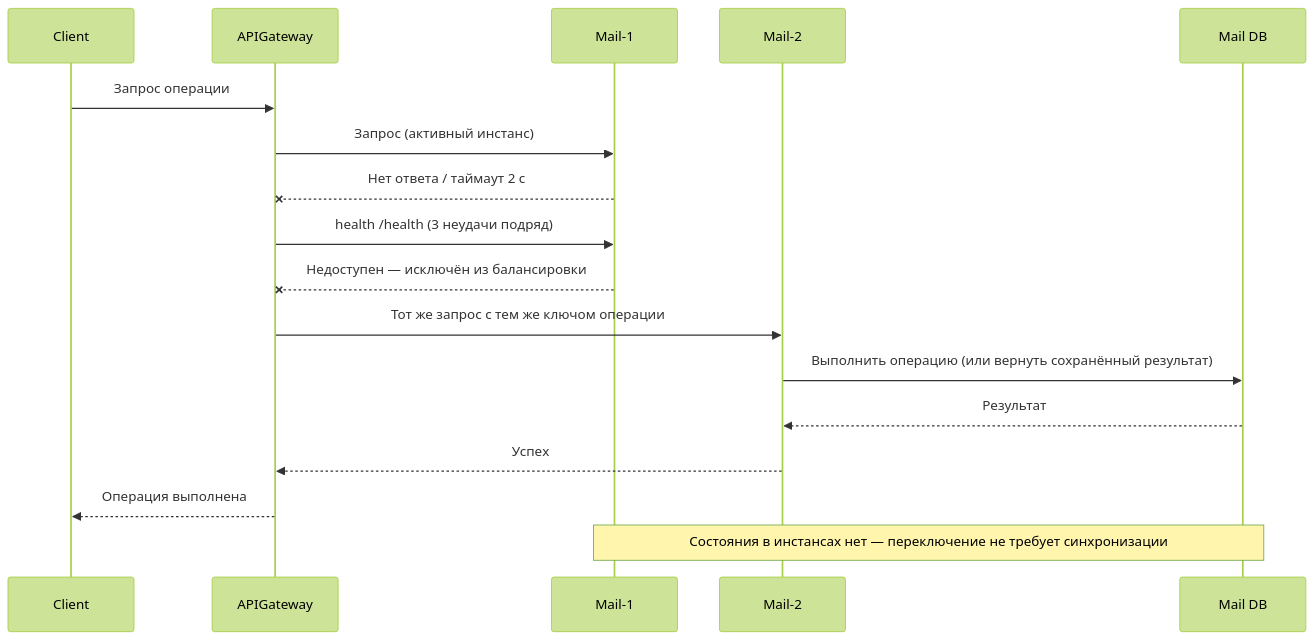
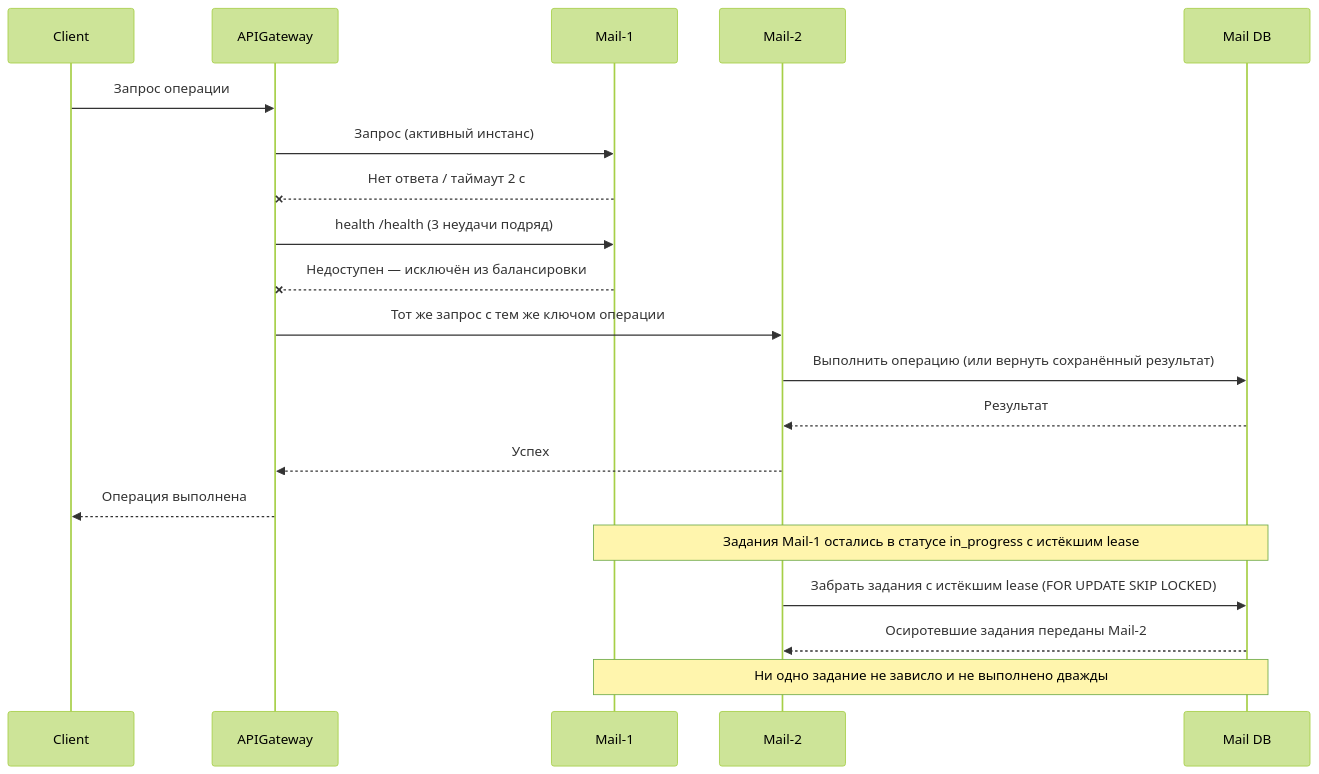
One commit to spbu-ds-practicum-2026/hydrolytes changed the fifth of 6 diagrams in docs/tr.md. Above: the diagram before and after it, drawn with Mermaid (forest theme). The commit also changed other lines of this file, not shown here.

````diff
--- a/docs/tr.md
+++ b/docs/tr.md
@@ -420,20 +423,23 @@
 ```mermaid
 sequenceDiagram
   participant Client
   participant APIGateway
   participant Mail1 as Mail-1
   participant Mail2 as Mail-2
   participant MailDB as Mail DB
 
   Client->>APIGateway: Запрос операции
   APIGateway->>Mail1: Запрос (активный инстанс)
   Mail1--xAPIGateway: Нет ответа / таймаут 2 с
   APIGateway->>Mail1: health /health (3 неудачи подряд)
   Mail1--xAPIGateway: Недоступен — исключён из балансировки
   APIGateway->>Mail2: Тот же запрос с тем же ключом операции
   Mail2->>MailDB: Выполнить операцию (или вернуть сохранённый результат)
   MailDB-->>Mail2: Результат
   Mail2-->>APIGateway: Успех
   APIGateway-->>Client: Операция выполнена
-  Note over Mail1,MailDB: Состояния в инстансах нет — переключение не требует синхронизации
+  Note over Mail1,MailDB: Задания Mail-1 остались в статусе in_progress с истёкшим lease
+  Mail2->>MailDB: Забрать задания с истёкшим lease (FOR UPDATE SKIP LOCKED)
+  MailDB-->>Mail2: Осиротевшие задания переданы Mail-2
+  Note over Mail1,MailDB: Ни одно задание не зависло и не выполнено дважды
 ```
````
